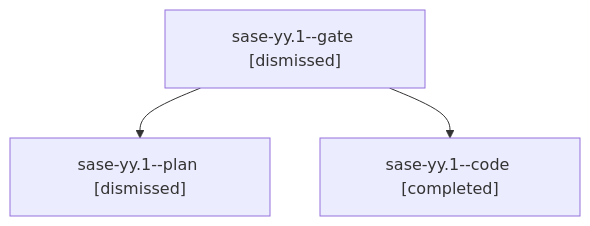
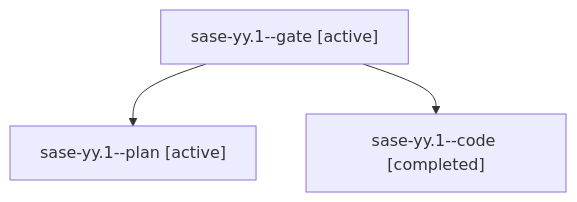
The diagram in families/bbugyi200.athena.sase-yy.1.md (sase-org/sase--agents), drawn with Mermaid before and after one commit. The commit also changed other lines of this file and 35830 other files, not shown here.

````diff
--- a/families/bbugyi200.athena.sase-yy.1.md
+++ b/families/bbugyi200.athena.sase-yy.1.md
@@ -9,8 +9,8 @@
 ```mermaid
 flowchart TD
-  n0["sase-yy.1--gate [dismissed]"]
-  n1["sase-yy.1--plan [dismissed]"]
+  n0["sase-yy.1--gate [active]"]
+  n1["sase-yy.1--plan [active]"]
   n0 --> n1
   n2["sase-yy.1--code [completed]"]
   n0 --> n2
 ```
````
